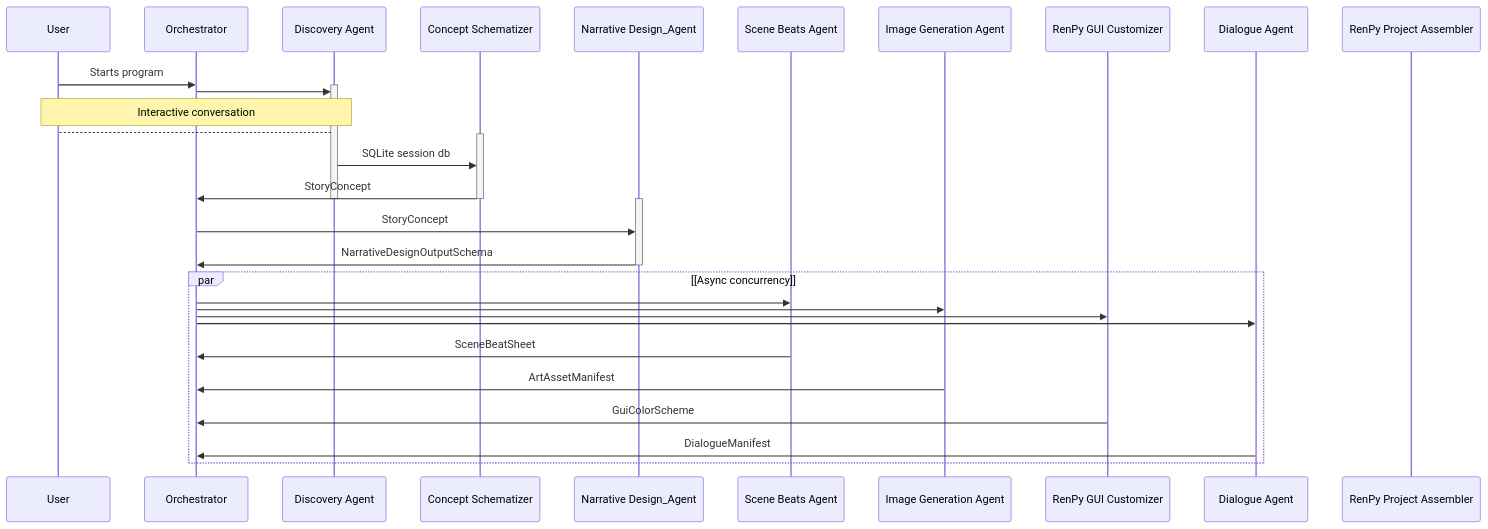
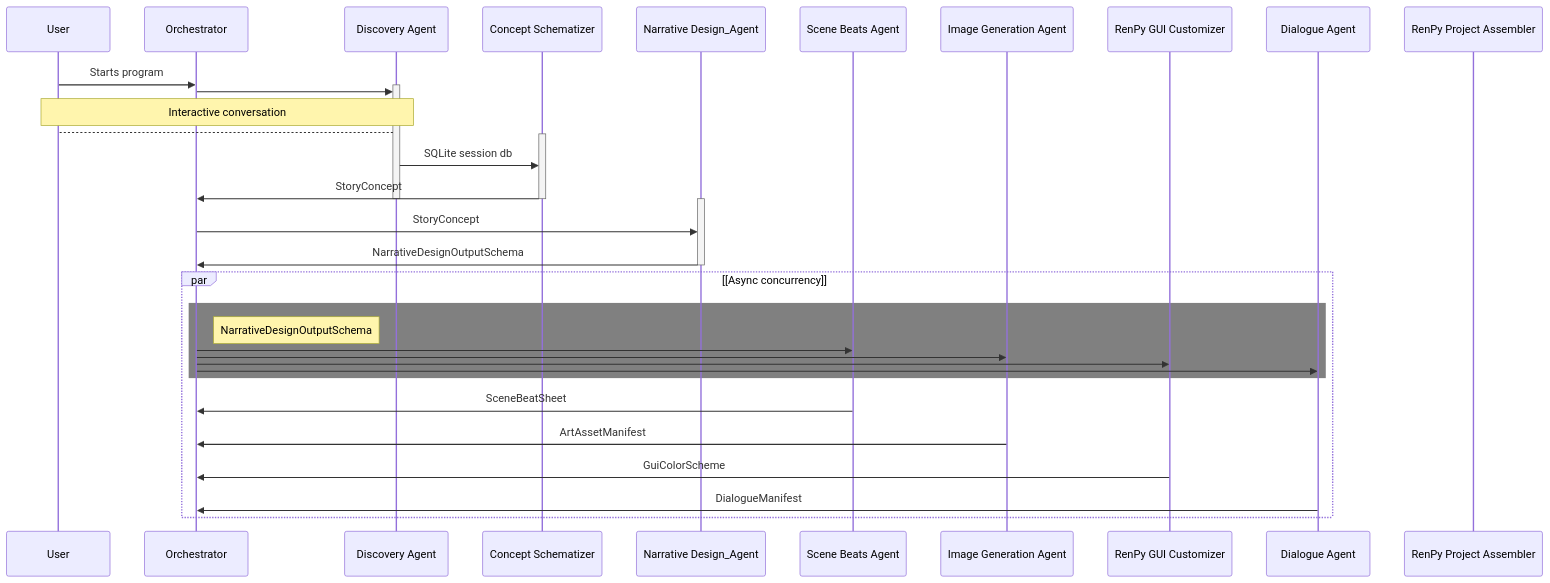
Before and after one commit to danglenzig/KARLA_PROD: the diagram in README.md, drawn with Mermaid.

````diff
--- a/README.md
+++ b/README.md
@@ -108,40 +108,43 @@
 ```mermaid
 sequenceDiagram
     participant USER as User
     participant ORCH as Orchestrator
     participant DISC as Discovery Agent
     participant CONC as Concept Schematizer
     participant NARR as Narrative Design_Agent
     participant BEAT as Scene Beats Agent
     participant ARTS as Image Generation Agent
     participant COLO as RenPy GUI Customizer
     participant DIAL as Dialogue Agent
     participant RNPY as RenPy Project Assembler
 
     USER->>ORCH: Starts program
     activate DISC
     ORCH->>DISC:
     Note over DISC,USER: Interactive conversation
     DISC-->USER:
     activate CONC
     DISC->>CONC: SQLite session db
     CONC->>ORCH: StoryConcept
     deactivate CONC
     deactivate DISC
 
     activate NARR
     ORCH->>NARR: StoryConcept
     NARR->>ORCH: NarrativeDesignOutputSchema
     deactivate NARR
 
     par [Async concurrency]
+        rect rgb(128,128,128)
+        note right of ORCH: NarrativeDesignOutputSchema
         ORCH->>BEAT:
         ORCH->>ARTS:
         ORCH->>COLO:
         ORCH->>DIAL:
+        end
         BEAT->>ORCH: SceneBeatSheet
         ARTS->>ORCH: ArtAssetManifest
         COLO->>ORCH: GuiColorScheme
         DIAL->>ORCH: DialogueManifest
     end 
 ```
````
